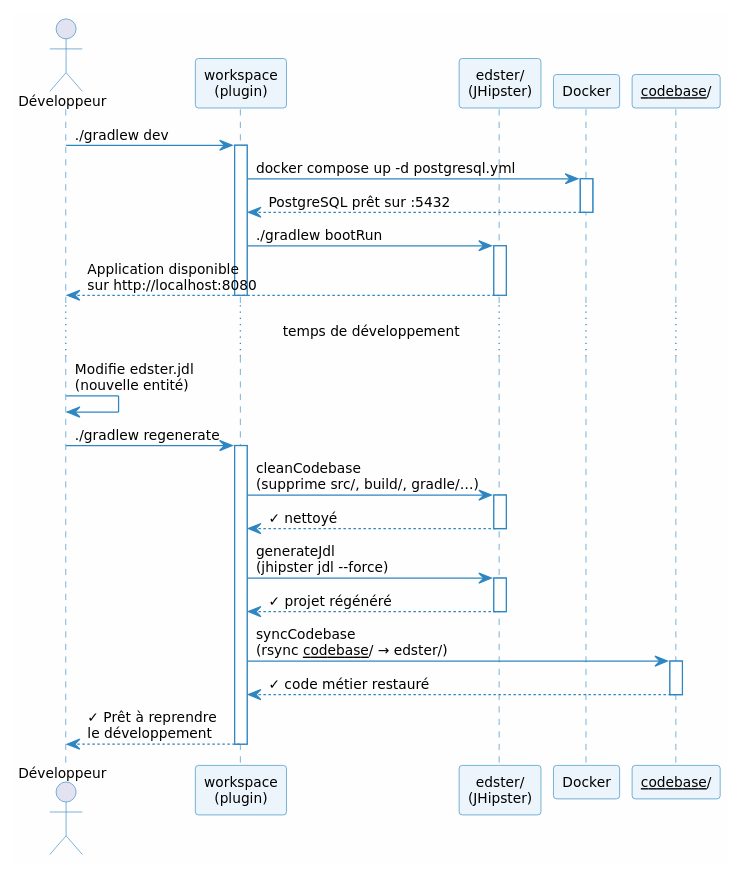
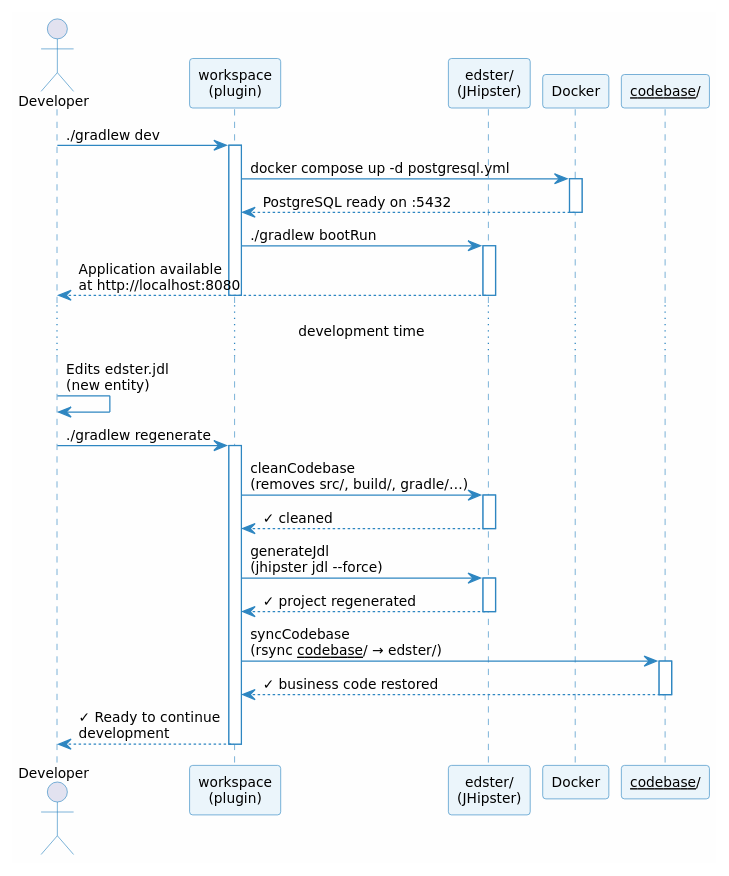
One commit to cheroliv/jhipster-gradle-plugins changed the tenth of 11 diagrams in persistence/README.adoc. Above: the diagram before and after it, drawn with PlantUML. The commit also changed other lines of this file and 2 other files, not shown here.

```diff
--- a/persistence/README.adoc
+++ b/persistence/README.adoc
@@ -642,61 +642,61 @@
 [plantuml, dev-workflow, svg]
 ....
 @startuml
 skinparam backgroundColor #FEFEFE
 skinparam defaultFontName "DejaVu Sans"
 skinparam defaultFontSize 11
 
 skinparam sequence {
   ArrowColor          #2E86C1
   ActorBorderColor    #2E86C1
   LifeLineBorderColor #2E86C1
   ParticipantBackgroundColor #EBF5FB
   ParticipantBorderColor     #2E86C1
 }
 
-actor Développeur as dev
+actor Developer as dev
 participant "workspace\n(plugin)" as ws
 participant "edster/\n(JHipster)" as jhp
 participant "Docker" as docker
 participant "__codebase__/" as cb
 
 dev -> ws : ./gradlew dev
 activate ws
 
 ws -> docker : docker compose up -d postgresql.yml
 activate docker
-docker --> ws : PostgreSQL prêt sur :5432
+docker --> ws : PostgreSQL ready on :5432
 deactivate docker
 
 ws -> jhp : ./gradlew bootRun
 activate jhp
-jhp --> dev : Application disponible\nsur http://localhost:8080
+jhp --> dev : Application available\nat http://localhost:8080
 deactivate jhp
 deactivate ws
 
-...temps de développement...
+...development time...
 
-dev -> dev : Modifie edster.jdl\n(nouvelle entité)
+dev -> dev : Edits edster.jdl\n(new entity)
 dev -> ws : ./gradlew regenerate
 activate ws
 
-ws -> jhp : cleanCodebase\n(supprime src/, build/, gradle/…)
+ws -> jhp : cleanCodebase\n(removes src/, build/, gradle/…)
 activate jhp
-jhp --> ws : ✓ nettoyé
+jhp --> ws : ✓ cleaned
 deactivate jhp
 
 ws -> jhp : generateJdl\n(jhipster jdl --force)
 activate jhp
-jhp --> ws : ✓ projet régénéré
+jhp --> ws : ✓ project regenerated
 deactivate jhp
 
 ws -> cb : syncCodebase\n(rsync __codebase__/ → edster/)
 activate cb
-cb --> ws : ✓ code métier restauré
+cb --> ws : ✓ business code restored
 deactivate cb
 
-ws --> dev : ✓ Prêt à reprendre\nle développement
+ws --> dev : ✓ Ready to continue\ndevelopment
 deactivate ws
 
 @enduml
 ....
```
